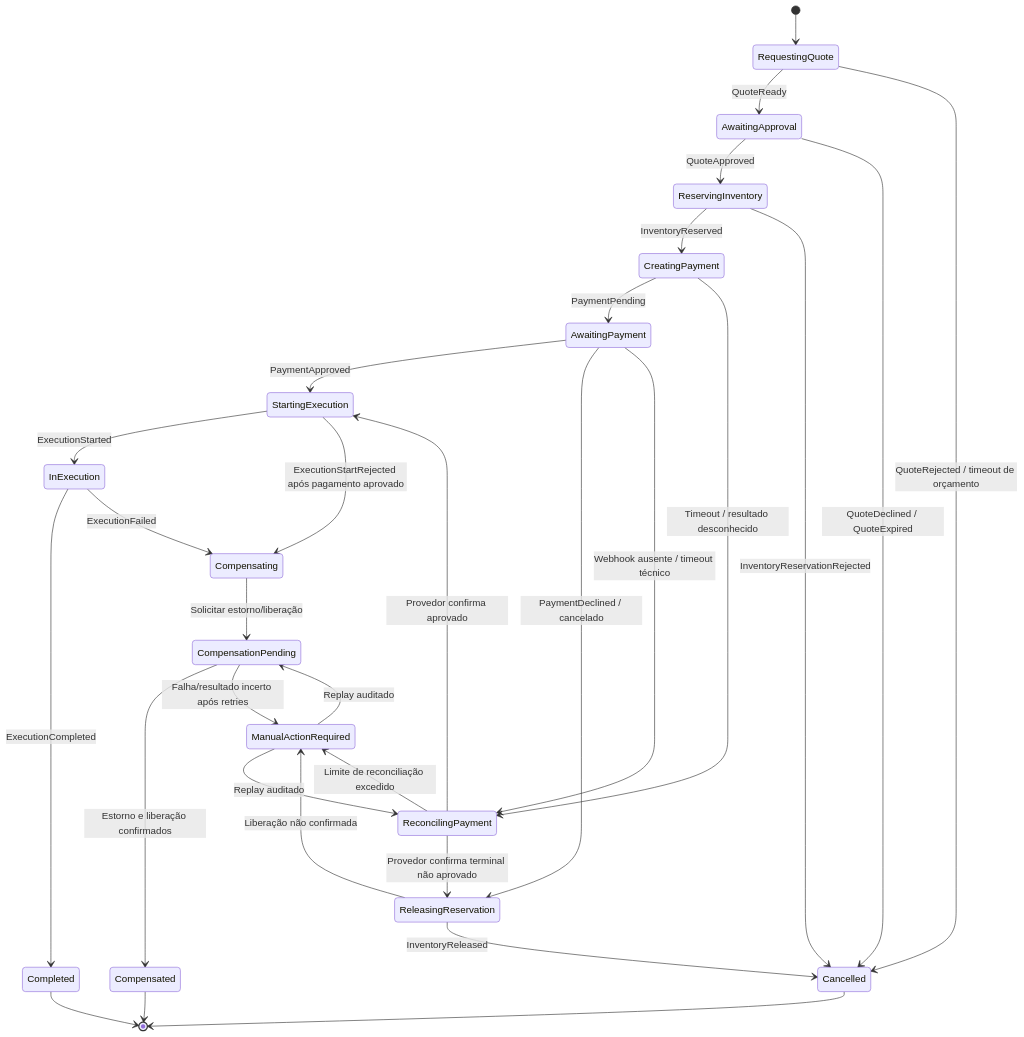
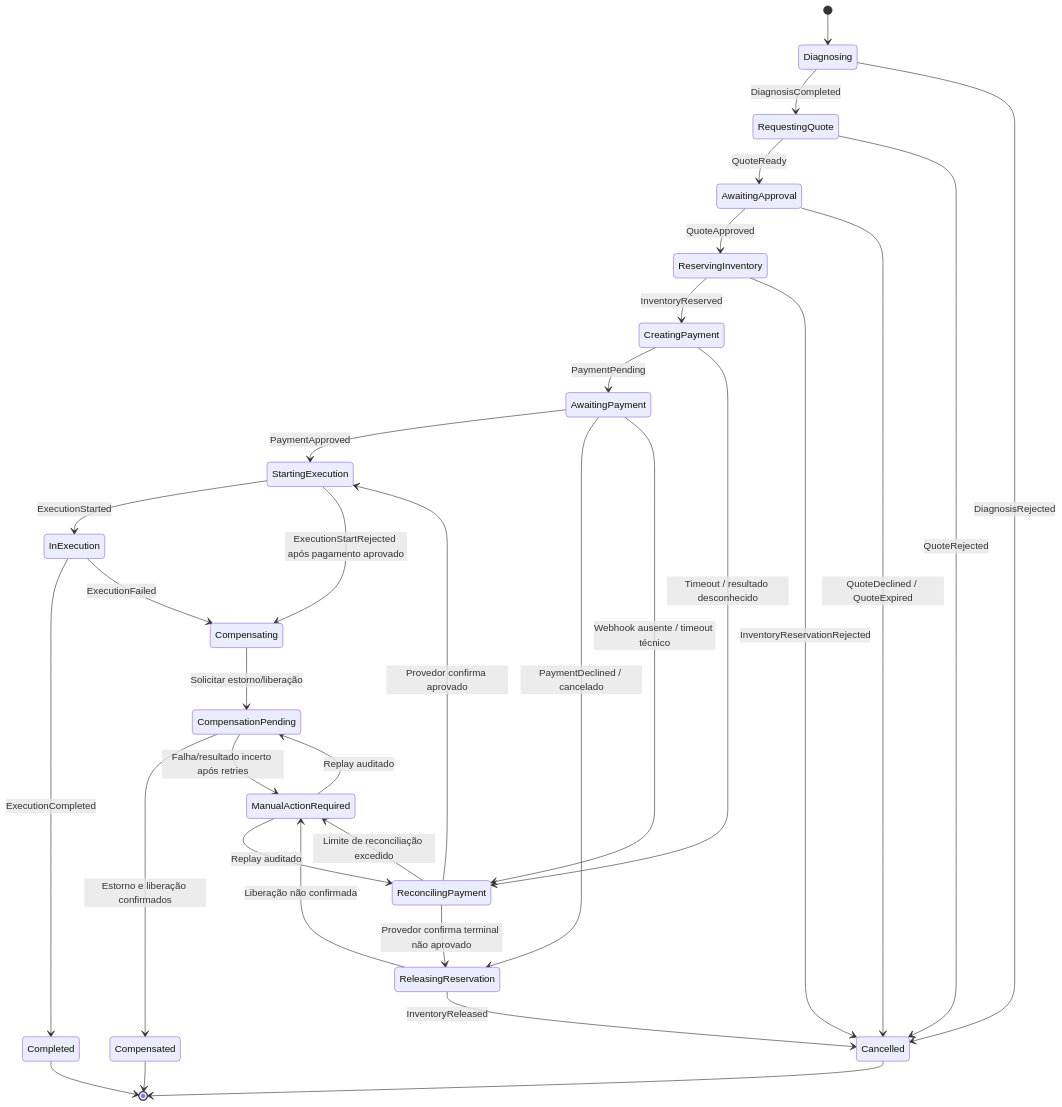
Before and after one commit to LucazDenadai/tech-challenge-docs: the diagram in diagramas/diagrama-estados-saga-os-fase4.md, drawn with Mermaid. The commit also changed other lines of this file and 13 other files, not shown here.

````diff
--- a/diagramas/diagrama-estados-saga-os-fase4.md
+++ b/diagramas/diagrama-estados-saga-os-fase4.md
@@ -5,32 +5,34 @@
 ```mermaid
 stateDiagram-v2
-    [*] --> RequestingQuote
+    [*] --> Diagnosing
+    Diagnosing --> RequestingQuote: DiagnosisCompleted
+    Diagnosing --> Cancelled: DiagnosisRejected
     RequestingQuote --> AwaitingApproval: QuoteReady
-    RequestingQuote --> Cancelled: QuoteRejected / timeout de orçamento
+    RequestingQuote --> Cancelled: QuoteRejected
     AwaitingApproval --> ReservingInventory: QuoteApproved
     AwaitingApproval --> Cancelled: QuoteDeclined / QuoteExpired
     ReservingInventory --> CreatingPayment: InventoryReserved
     ReservingInventory --> Cancelled: InventoryReservationRejected
     CreatingPayment --> AwaitingPayment: PaymentPending
     CreatingPayment --> ReconcilingPayment: Timeout / resultado desconhecido
     AwaitingPayment --> StartingExecution: PaymentApproved
     AwaitingPayment --> ReleasingReservation: PaymentDeclined / cancelado
     AwaitingPayment --> ReconcilingPayment: Webhook ausente / timeout técnico
     ReconcilingPayment --> StartingExecution: Provedor confirma aprovado
     ReconcilingPayment --> ReleasingReservation: Provedor confirma terminal não aprovado
     ReconcilingPayment --> ManualActionRequired: Limite de reconciliação excedido
     StartingExecution --> InExecution: ExecutionStarted
     StartingExecution --> Compensating: ExecutionStartRejected após pagamento aprovado
     InExecution --> Completed: ExecutionCompleted
     InExecution --> Compensating: ExecutionFailed
     ReleasingReservation --> Cancelled: InventoryReleased
     ReleasingReservation --> ManualActionRequired: Liberação não confirmada
     Compensating --> CompensationPending: Solicitar estorno/liberação
     CompensationPending --> Compensated: Estorno e liberação confirmados
     CompensationPending --> ManualActionRequired: Falha/resultado incerto após retries
     ManualActionRequired --> ReconcilingPayment: Replay auditado
     ManualActionRequired --> CompensationPending: Replay auditado
     Completed --> [*]
     Cancelled --> [*]
     Compensated --> [*]
 ```
````
